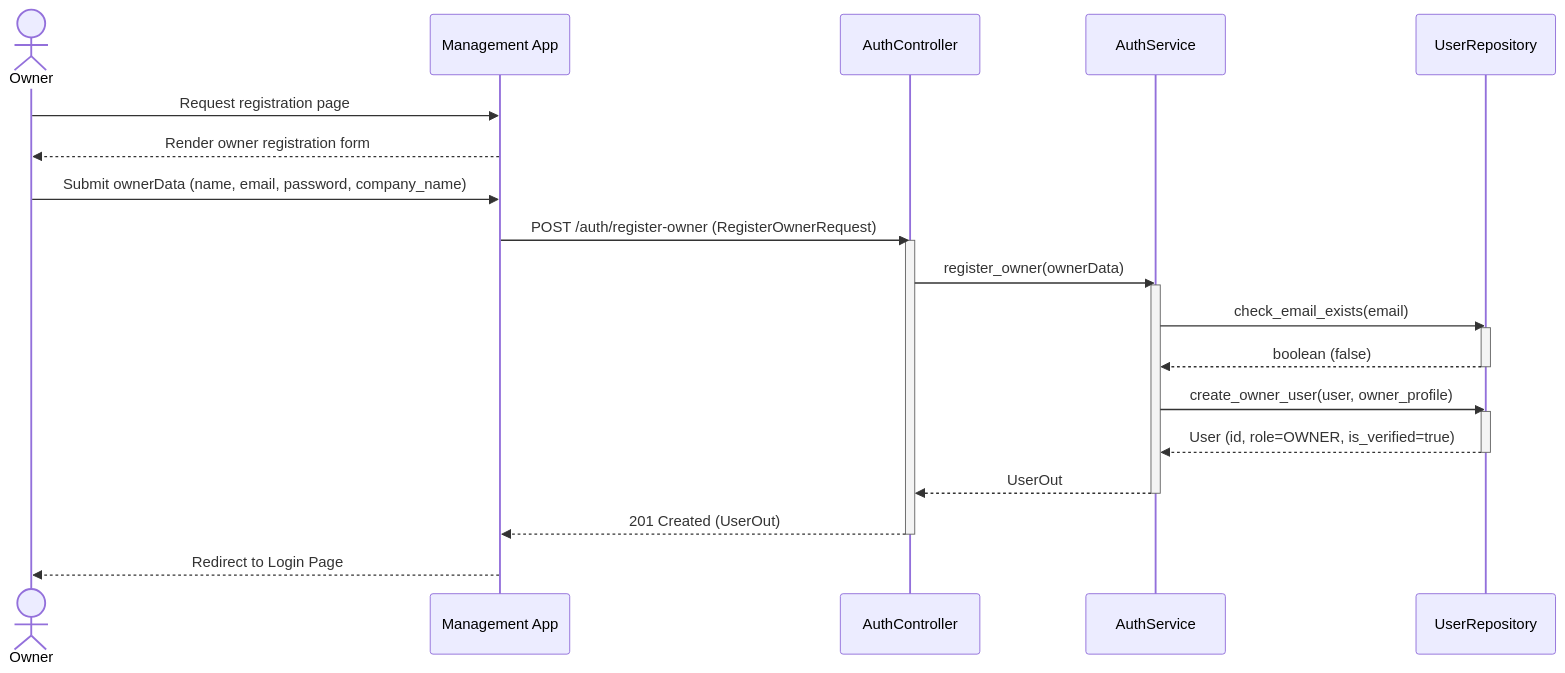
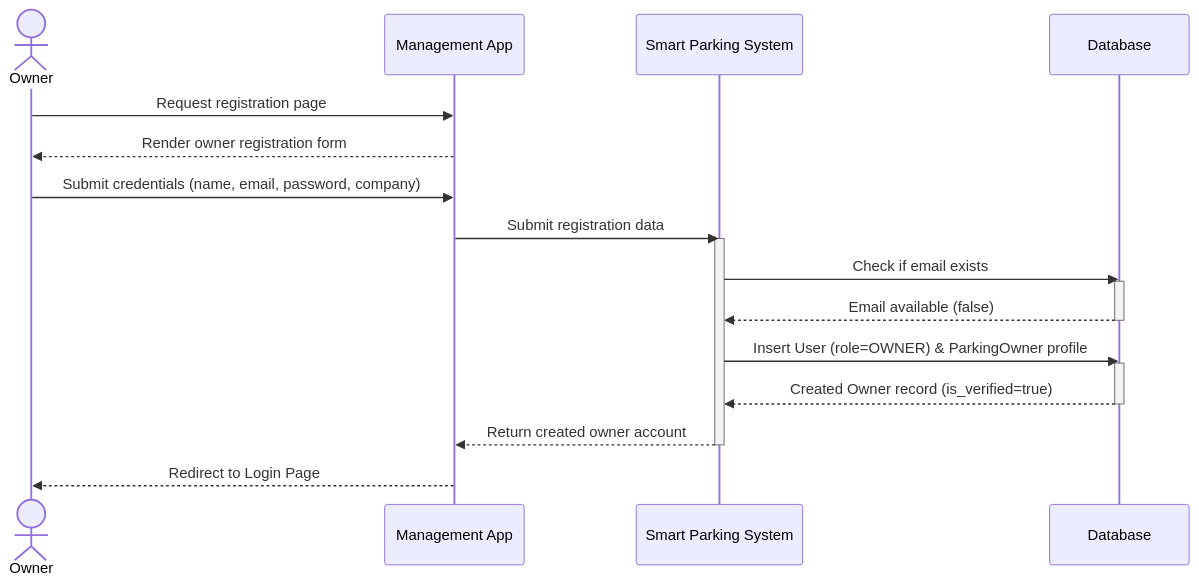
Before and after one commit to kxunsithu/smart-parking-lot-system: the tenth of 16 diagrams in docs/Smart_Parking_Lot_System_Documentation.md, drawn with Mermaid. The commit also changed other lines of this file, not shown here.

````diff
--- a/docs/Smart_Parking_Lot_System_Documentation.md
+++ b/docs/Smart_Parking_Lot_System_Documentation.md
@@ -1073,29 +1044,24 @@
 ```mermaid
 sequenceDiagram
     actor Owner
     participant UI as Management App
-    participant API as AuthController
-    participant Service as AuthService
-    participant DB as UserRepository
+    participant System as Smart Parking System
+    participant DB as Database
 
     Owner->>UI: Request registration page
     UI-->>Owner: Render owner registration form
-    Owner->>UI: Submit ownerData (name, email, password, company_name)
-    UI->>API: POST /auth/register-owner (RegisterOwnerRequest)
-    activate API
-    API->>Service: register_owner(ownerData)
-    activate Service
-    Service->>DB: check_email_exists(email)
+    Owner->>UI: Submit credentials (name, email, password, company)
+    UI->>System: Submit registration data
+    activate System
+    System->>DB: Check if email exists
     activate DB
-    DB-->>Service: boolean (false)
+    DB-->>System: Email available (false)
     deactivate DB
-    Service->>DB: create_owner_user(user, owner_profile)
+    System->>DB: Insert User (role=OWNER) & ParkingOwner profile
     activate DB
-    DB-->>Service: User (id, role=OWNER, is_verified=true)
+    DB-->>System: Created Owner record (is_verified=true)
     deactivate DB
-    Service-->>API: UserOut
-    deactivate Service
-    API-->>UI: 201 Created (UserOut)
-    deactivate API
+    System-->>UI: Return created owner account
+    deactivate System
     UI-->>Owner: Redirect to Login Page
 ```
````
